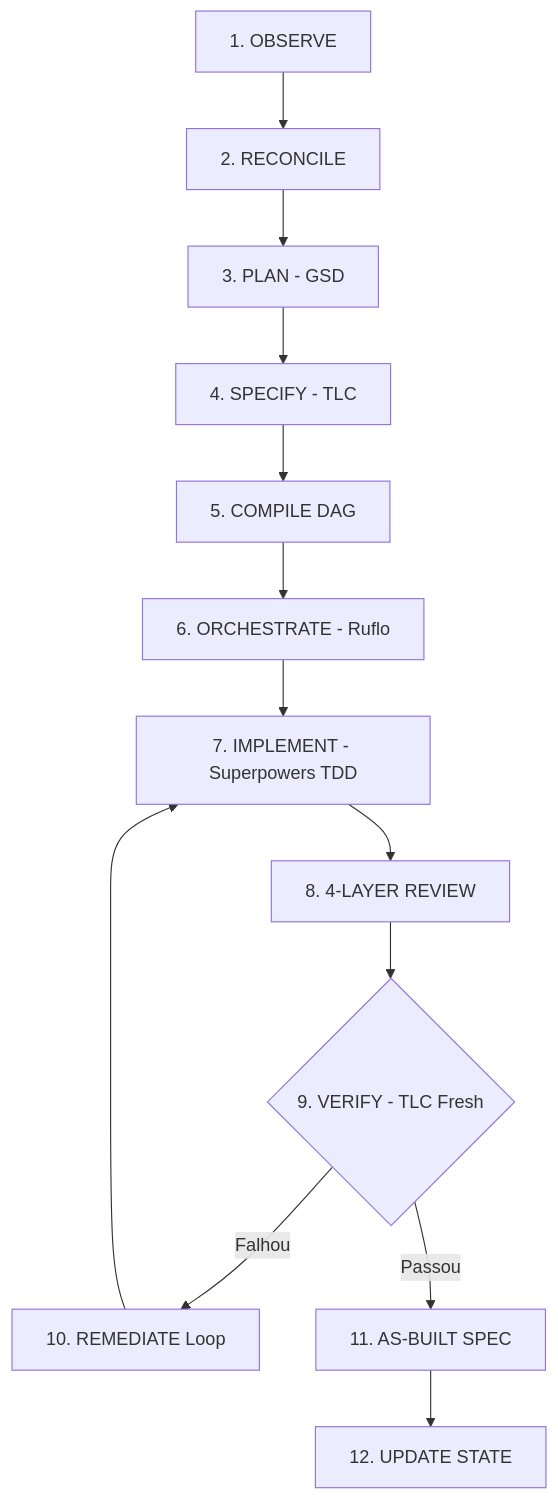
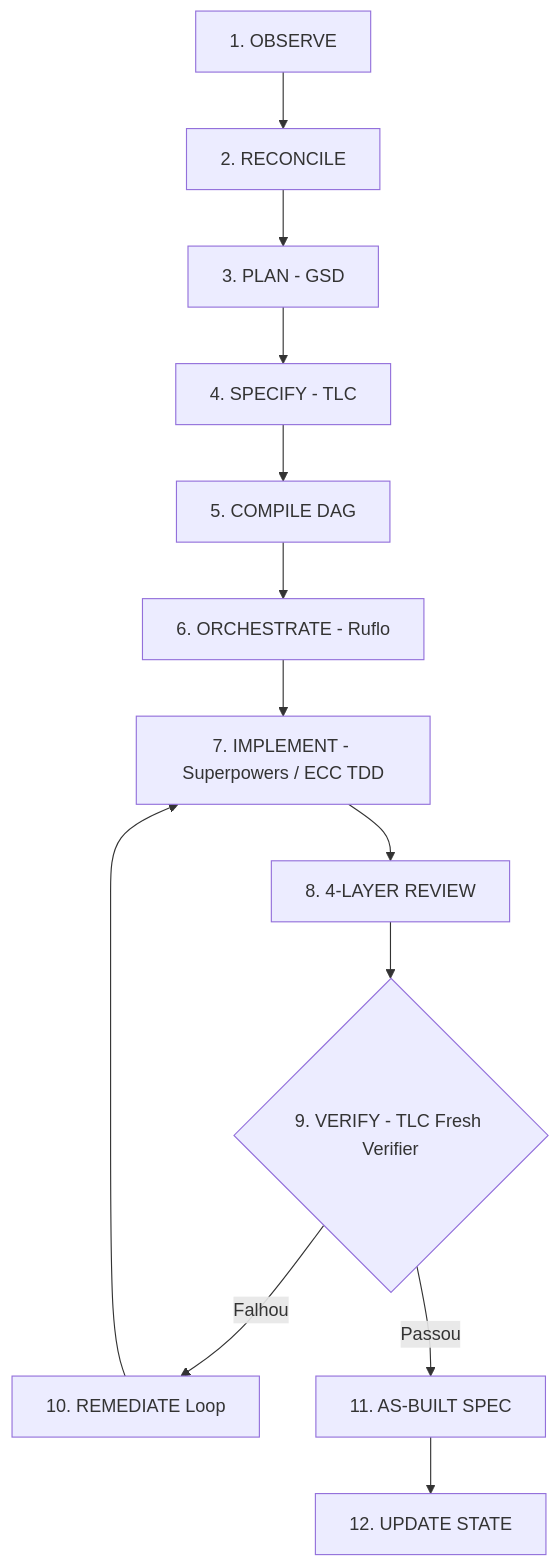
The diagram in README.md (gilsonfat/framework_agentic), drawn with Mermaid before and after one commit. The commit also changed other lines of this file and 8 other files, not shown here.

````diff
--- a/README.md
+++ b/README.md
@@ -171,15 +208,15 @@
 ```mermaid
 flowchart TD
     A[1. OBSERVE] --> B[2. RECONCILE]
     B --> C[3. PLAN - GSD]
     C --> D[4. SPECIFY - TLC]
     D --> E[5. COMPILE DAG]
     E --> F[6. ORCHESTRATE - Ruflo]
-    F --> G[7. IMPLEMENT - Superpowers TDD]
+    F --> G[7. IMPLEMENT - Superpowers / ECC TDD]
     G --> H[8. 4-LAYER REVIEW]
-    H --> I{9. VERIFY - TLC Fresh}
+    H --> I{9. VERIFY - TLC Fresh Verifier}
     I -- Falhou --> J[10. REMEDIATE Loop]
     J --> G
     I -- Passou --> K[11. AS-BUILT SPEC]
     K --> L[12. UPDATE STATE]
 ```
````
